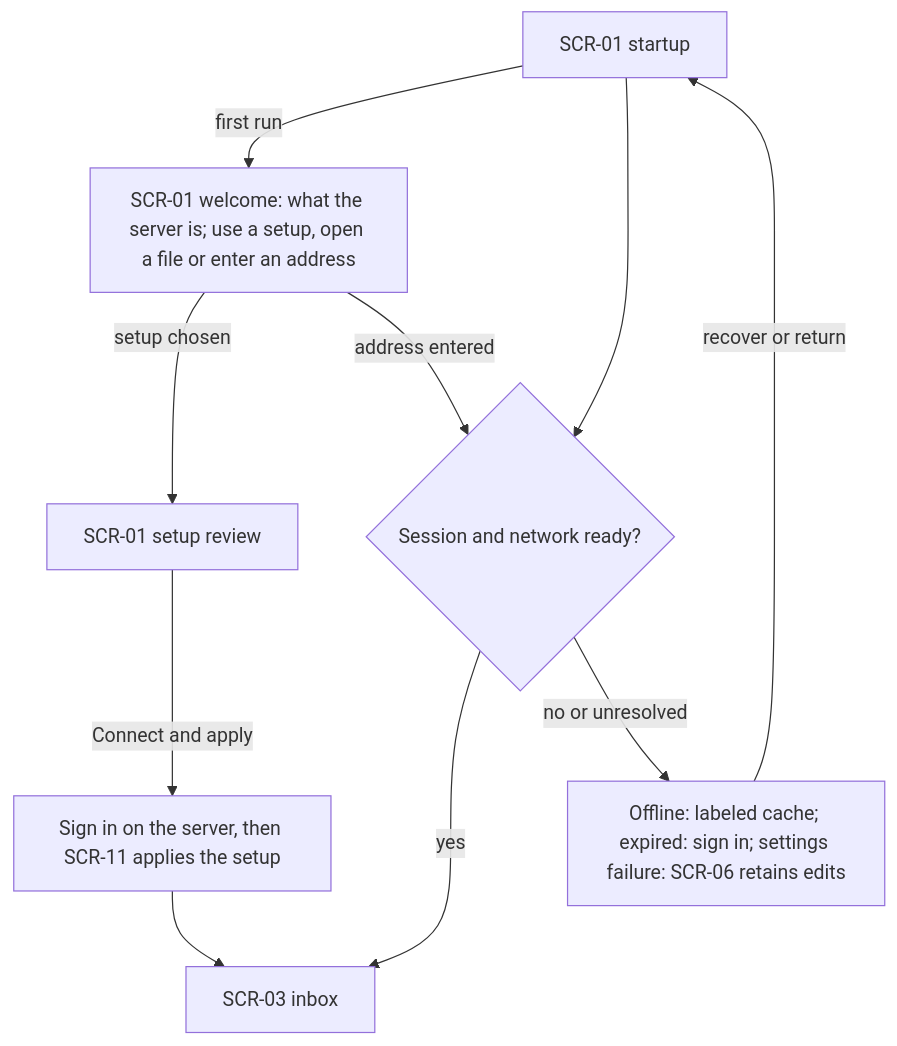
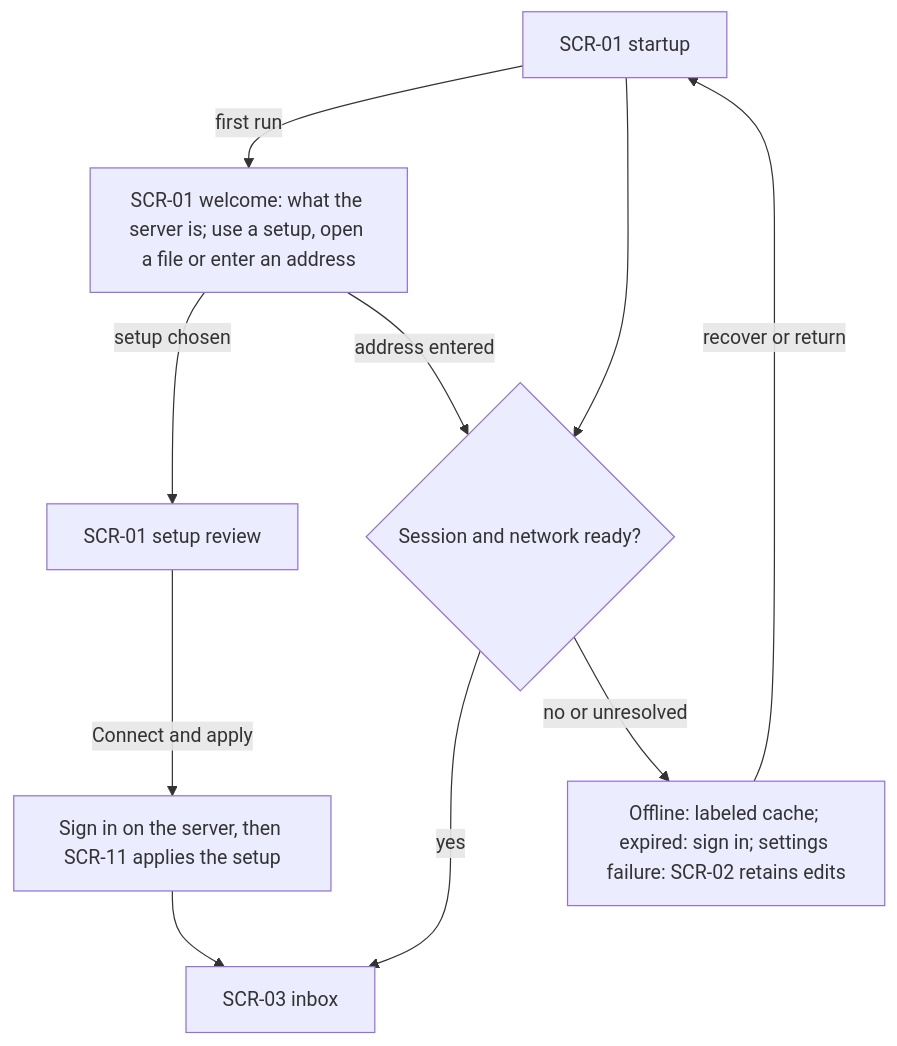
One commit to passioncode-ai/fabric-inbox changed the seventh of 8 diagrams in docs/ux/flows.md. Above: the diagram before and after it, drawn with Mermaid. The commit also changed other lines of this file and 222 other files, not shown here.

````diff
--- a/docs/ux/flows.md
+++ b/docs/ux/flows.md
@@ -204,12 +204,12 @@
 ```mermaid
 flowchart TD
   A["SCR-01 startup"] -->|first run| W["SCR-01 welcome: what the server is; use a setup, open a file or enter an address"]
   W -->|setup chosen| R["SCR-01 setup review"]
   R -->|Connect and apply| S["Sign in on the server, then SCR-11 applies the setup"]
   S --> C
   W -->|address entered| B
   A --> B{"Session and network ready?"}
   B -->|yes| C["SCR-03 inbox"]
-  B -->|no or unresolved| D["Offline: labeled cache; expired: sign in; settings failure: SCR-06 retains edits"]
+  B -->|no or unresolved| D["Offline: labeled cache; expired: sign in; settings failure: SCR-02 retains edits"]
   D -->|recover or return| A
 ```
````
